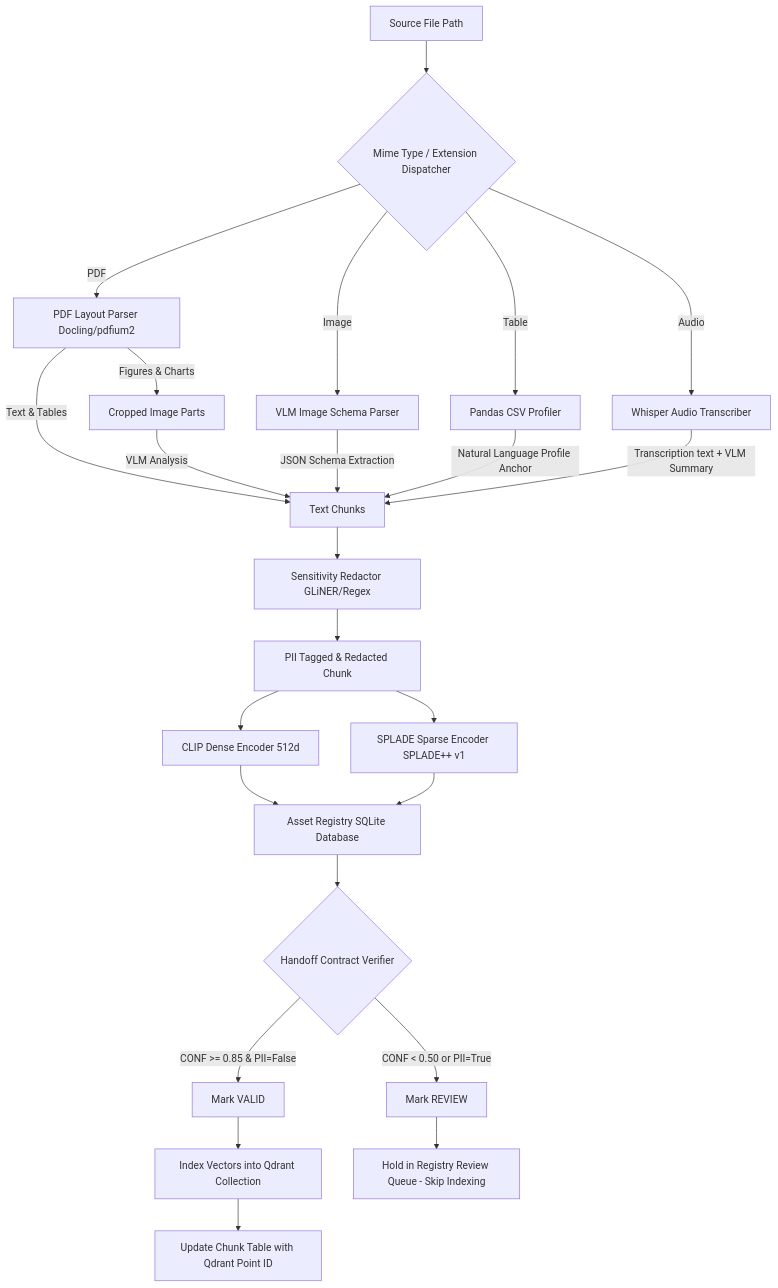
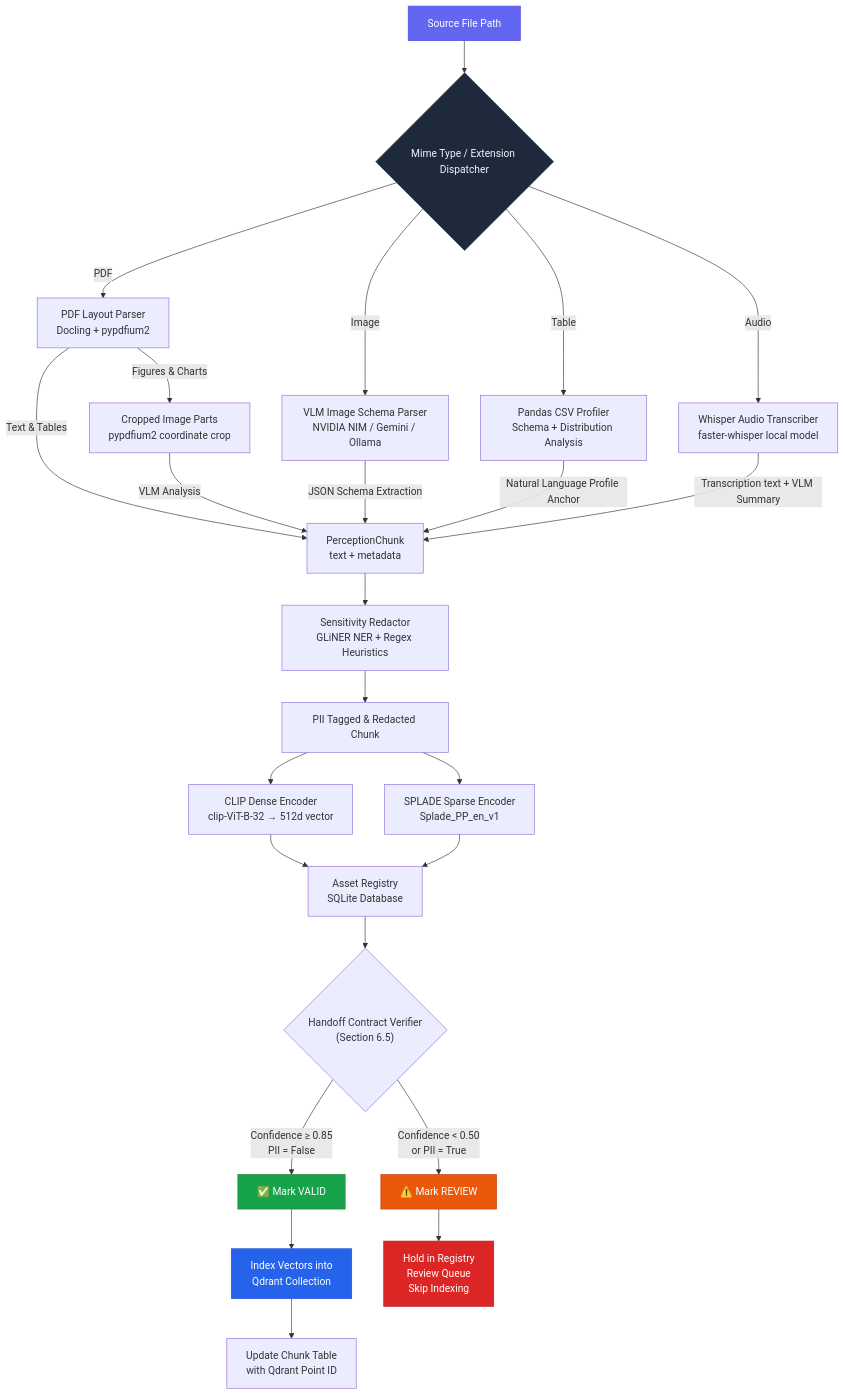
Before and after one commit to the-write-path-code/ch06-multimodal-perception: the first of 5 diagrams in workflow/pipeline_flow.md, drawn with Mermaid. The commit also changed other lines of this file and 8 other files, not shown here.

````diff
--- a/workflow/pipeline_flow.md
+++ b/workflow/pipeline_flow.md
@@ -11,43 +13,51 @@
 ```mermaid
 graph TD
     %% Source File Input
-    A[Source File Path] --> B{Mime Type / Extension Dispatcher}
+    A["Source File Path"] --> B{"Mime Type / Extension Dispatcher"}
     
     %% Routing logic
-    B -->|PDF| C1[PDF Layout Parser Docling/pdfium2]
-    B -->|Image| C2[VLM Image Schema Parser]
-    B -->|Table| C3[Pandas CSV Profiler]
-    B -->|Audio| C4[Whisper Audio Transcriber]
+    B -->|PDF| C1["PDF Layout Parser<br/>Docling + pypdfium2"]
+    B -->|Image| C2["VLM Image Schema Parser<br/>NVIDIA NIM / Gemini / Ollama"]
+    B -->|Table| C3["Pandas CSV Profiler<br/>Schema + Distribution Analysis"]
+    B -->|Audio| C4["Whisper Audio Transcriber<br/>faster-whisper local model"]
     
     %% Processing and extraction
-    C1 -->|Text & Tables| D1[Text Chunks]
-    C1 -->|Figures & Charts| D2[Cropped Image Parts]
-    D2 -->|VLM Analysis| D1
+    C1 -->|"Text & Tables"| D1["PerceptionChunk<br/>text + metadata"]
+    C1 -->|"Figures & Charts"| D2["Cropped Image Parts<br/>pypdfium2 coordinate crop"]
+    D2 -->|"VLM Analysis"| D1
     
-    C2 -->|JSON Schema Extraction| D1
-    C3 -->|Natural Language Profile Anchor| D1
-    C4 -->|Transcription text + VLM Summary| D1
+    C2 -->|"JSON Schema Extraction"| D1
+    C3 -->|"Natural Language Profile Anchor"| D1
+    C4 -->|"Transcription text + VLM Summary"| D1
     
     %% PII Scan
-    D1 --> E[Sensitivity Redactor GLiNER/Regex]
-    E --> F[PII Tagged & Redacted Chunk]
+    D1 --> E["Sensitivity Redactor<br/>GLiNER NER + Regex Heuristics"]
+    E --> F["PII Tagged & Redacted Chunk"]
     
     %% Embedding Step
-    F --> G1[CLIP Dense Encoder 512d]
-    F --> G2[SPLADE Sparse Encoder SPLADE++ v1]
+    F --> G1["CLIP Dense Encoder<br/>clip-ViT-B-32 → 512d vector"]
+    F --> G2["SPLADE Sparse Encoder<br/>Splade_PP_en_v1"]
     
     %% SQLite registry
-    G1 & G2 --> H[Asset Registry SQLite Database]
+    G1 & G2 --> H["Asset Registry<br/>SQLite Database"]
     
     %% Downstream validation
-    H --> I{Handoff Contract Verifier}
+    H --> I{"Handoff Contract Verifier<br/>(Section 6.5)"}
     
     %% Action decisions
-    I -->|CONF >= 0.85 & PII=False| J1[Mark VALID]
-    I -->|CONF < 0.50 or PII=True| J2[Mark REVIEW]
+    I -->|"Confidence ≥ 0.85<br/>PII = False"| J1["✅ Mark VALID"]
+    I -->|"Confidence < 0.50<br/>or PII = True"| J2["⚠️ Mark REVIEW"]
     
     %% Indexing
-    J1 --> K[Index Vectors into Qdrant Collection]
-    K --> L[Update Chunk Table with Qdrant Point ID]
-    J2 --> M[Hold in Registry Review Queue - Skip Indexing]
+    J1 --> K["Index Vectors into<br/>Qdrant Collection"]
+    K --> L["Update Chunk Table<br/>with Qdrant Point ID"]
+    J2 --> M["Hold in Registry<br/>Review Queue<br/>Skip Indexing"]
+
+    %% Styling
+    style A fill:#6366f1,color:#fff,stroke:#4f46e5
+    style B fill:#1e293b,color:#f1f5f9,stroke:#334155
+    style J1 fill:#16a34a,color:#fff,stroke:#15803d
+    style J2 fill:#ea580c,color:#fff,stroke:#c2410c
+    style K fill:#2563eb,color:#fff,stroke:#1d4ed8
+    style M fill:#dc2626,color:#fff,stroke:#b91c1c
 ```
````
